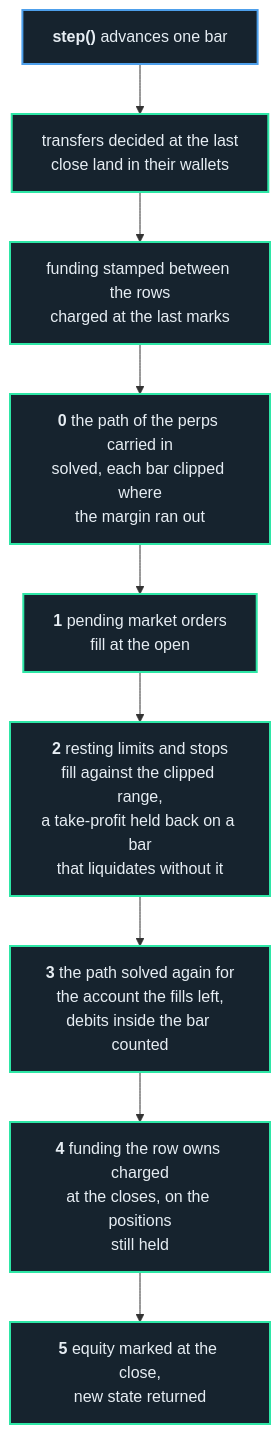
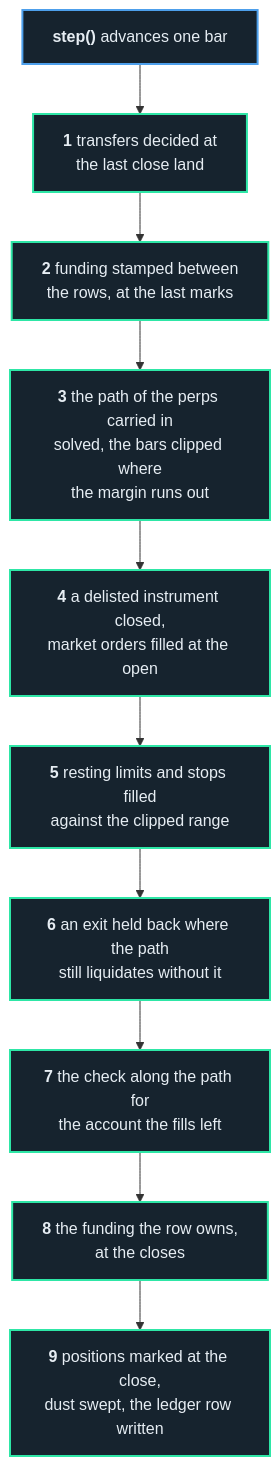
Before and after one commit to atOCEANO/probatum: the diagram in dev/diagrams/205314.mmd, drawn with Mermaid. The commit also changed 4 other files, not shown here.

Commit message:
docs: rewrite the architecture page and redraw its two diagrams

```diff
--- a/dev/diagrams/205314.mmd
+++ b/dev/diagrams/205314.mmd
@@ -1,24 +1,26 @@
 flowchart TD
     S["<b>step()</b> advances one bar"]
-    T["transfers decided at the last<br/>close land in their wallets"]
-    G["funding stamped between the rows<br/>charged at the last marks"]
-    F["<b>0</b> the path of the perps carried in<br/>solved, each bar clipped where<br/>the margin ran out"]
-    A["<b>1</b> pending market orders<br/>fill at the open"]
-    B["<b>2</b> resting limits and stops<br/>fill against the clipped range,<br/>a take-profit held back on a bar<br/>that liquidates without it"]
-    D["<b>3</b> the path solved again for<br/>the account the fills left,<br/>debits inside the bar counted"]
-    C["<b>4</b> funding the row owns charged<br/>at the closes, on the positions<br/>still held"]
-    E["<b>5</b> equity marked at the close,<br/>new state returned"]
+    E1["<b>1</b> transfers decided at<br/>the last close land"]
+    E2["<b>2</b> funding stamped between<br/>the rows, at the last marks"]
+    E3["<b>3</b> the path of the perps carried in<br/>solved, the bars clipped where<br/>the margin runs out"]
+    E4["<b>4</b> a delisted instrument closed,<br/>market orders filled at the open"]
+    E5["<b>5</b> resting limits and stops filled<br/>against the clipped range"]
+    E6["<b>6</b> an exit held back where the path<br/>still liquidates without it"]
+    E7["<b>7</b> the check along the path for<br/>the account the fills left"]
+    E8["<b>8</b> the funding the row owns,<br/>at the closes"]
+    E9["<b>9</b> positions marked at the close,<br/>dust swept, the ledger row written"]
 
-    S --> T
-    T --> G
-    G --> F
-    F --> A
-    A --> B
-    B --> D
-    D --> C
-    C --> E
+    S --> E1
+    E1 --> E2
+    E2 --> E3
+    E3 --> E4
+    E4 --> E5
+    E5 --> E6
+    E6 --> E7
+    E7 --> E8
+    E8 --> E9
 
     classDef entry fill:#16232e,stroke:#4d9feb,stroke-width:2px,color:#e6edf3
     classDef stage fill:#16232e,stroke:#2ee6a6,stroke-width:2px,color:#e6edf3
     class S entry
-    class T,G,F,A,B,C,D,E stage
+    class E1,E2,E3,E4,E5,E6,E7,E8,E9 stage
```
